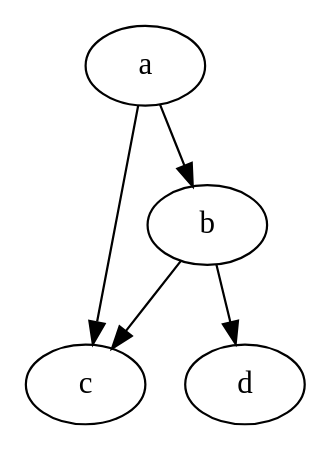
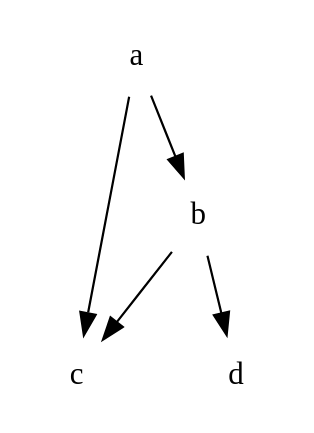
Before and after one commit to arnehilmann/markdeck: the second of 2 diagrams in example/slides.md, drawn with Graphviz. The commit also changed other lines of this file and 4 other files, not shown here.

````diff
--- a/example/slides.md
+++ b/example/slides.md
@@ -51,7 +51,10 @@
 ```dot
 digraph G {
+    bgcolor=transparent;
+    node [style=filled,color=white];
+
     a -> b -> c;
     a -> c;
     b -> d;
 }
 ```
````
